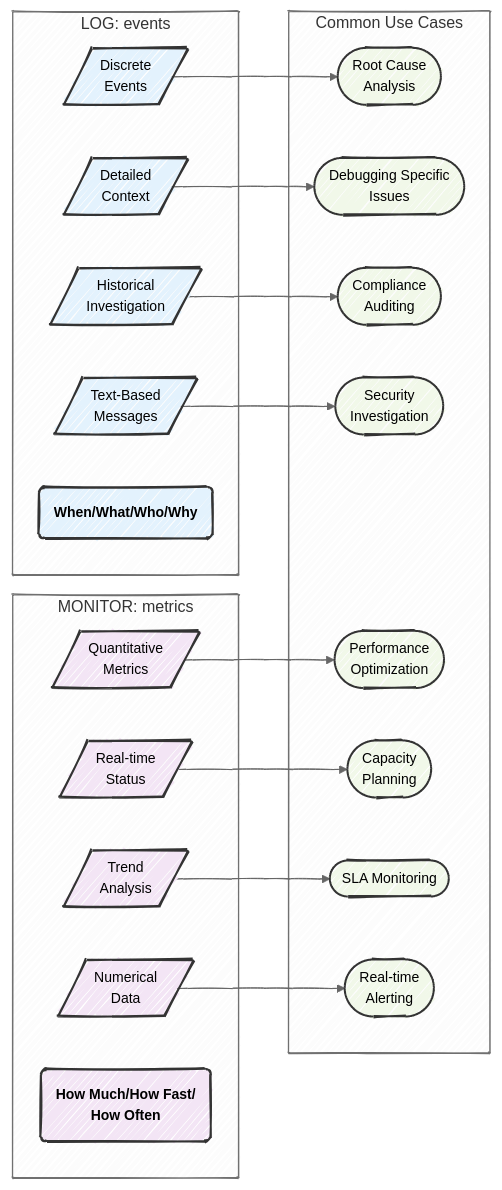
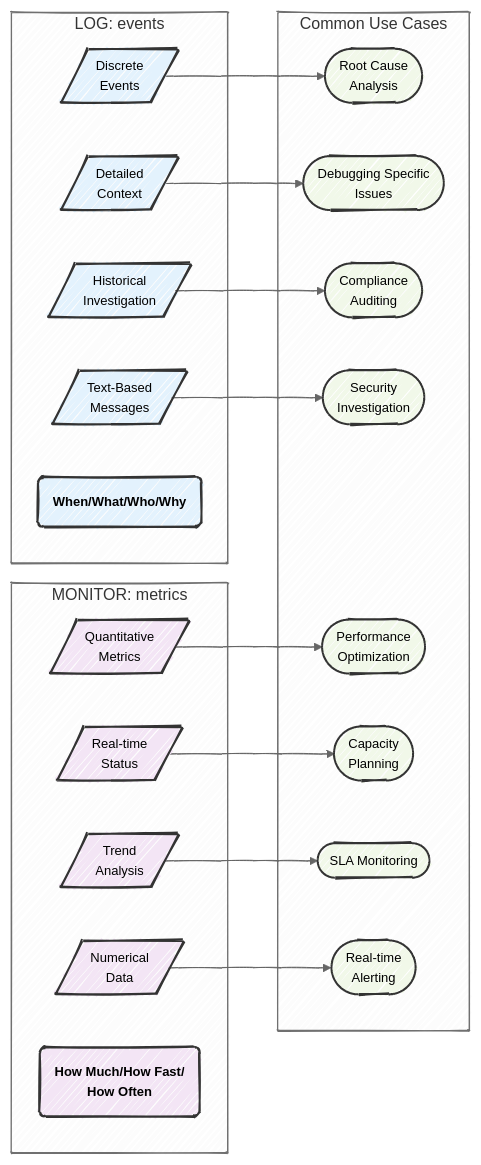
One commit to mjfrigaard/do4ds-labs changed the first of 2 diagrams in lab4.qmd. Above: the diagram before and after it, drawn with Mermaid. The commit also changed other lines of this file and 34 other files, not shown here.

Commit message:
updates to mermaid

````diff
--- a/lab4.qmd
+++ b/lab4.qmd
@@ -50,53 +50,53 @@
 ```{mermaid}
 %%| fig-cap: 'Logging vs. Monitoring'
 %%| fig-align: center
 %%| fig-width: 6.5
 %%{init: {'theme': 'neutral', 'look': 'handDrawn', 'themeVariables': { 'fontFamily': 'monospace'}}}%%
 
 graph LR
     subgraph "LOG: events"
         L1[/"Discrete<br>Events"/]
         L2[/"Detailed<br>Context"/]
         L3[/"Historical<br>Investigation"/]
         L4[/"Text-Based<br>Messages"/]
         L5("<strong>When/What/Who/Why</strong>")
     end
     
     subgraph "MONITOR: metrics"
         M1[/"Quantitative<br>Metrics"/]
         M2[/"Real-time<br>Status"/]
         M3[/"Trend<br>Analysis"/]
         M4[/"Numerical<br>Data"/]
         M5("<strong>How Much/How Fast/<br>How Often</strong>")
     end
     
     subgraph "Common Use Cases"
         LC(["Root Cause<br>Analysis"])
         LC2(["Debugging Specific<br>Issues"])
         LC3(["Compliance<br>Auditing"])
         LC4(["Security<br>Investigation"])
         
         MC(["Performance<br>Optimization"])
         MC2(["Capacity<br>Planning"])
         MC3(["SLA Monitoring"])
         MC4(["Real-time<br>Alerting"])
     end
     
     L1 --> LC
     L2 --> LC2
     L3 --> LC3
     L4 --> LC4
     
     M1 --> MC
     M2 --> MC2
     M3 --> MC3
     M4 --> MC4
     
-    classDef logging fill:#e3f2fd,stroke:#333,stroke-width:2px,rx:6,ry:6,text-align:center,font-size:14px
-    classDef monitoring fill:#f3e5f5,stroke:#333,stroke-width:2px,rx:6,ry:6,text-align:center,font-size:14px
-    classDef usecase fill:#f1f8e9,stroke:#333,stroke-width:2px,rx:6,ry:6,text-align:center,font-size:14px
+    classDef logging fill:#e3f2fd,stroke:#333,stroke-width:2px,rx:6,ry:6,text-align:center,font-size:13px
+    classDef monitoring fill:#f3e5f5,stroke:#333,stroke-width:2px,rx:6,ry:6,text-align:center,font-size:13px
+    classDef usecase fill:#f1f8e9,stroke:#333,stroke-width:2px,rx:6,ry:6,text-align:center,font-size:13px
     
     class L1,L2,L3,L4,L5 logging
     class M1,M2,M3,M4,M5 monitoring
     class LC,LC2,LC3,LC4,MC,MC2,MC3,MC4 usecase
 ```
````
